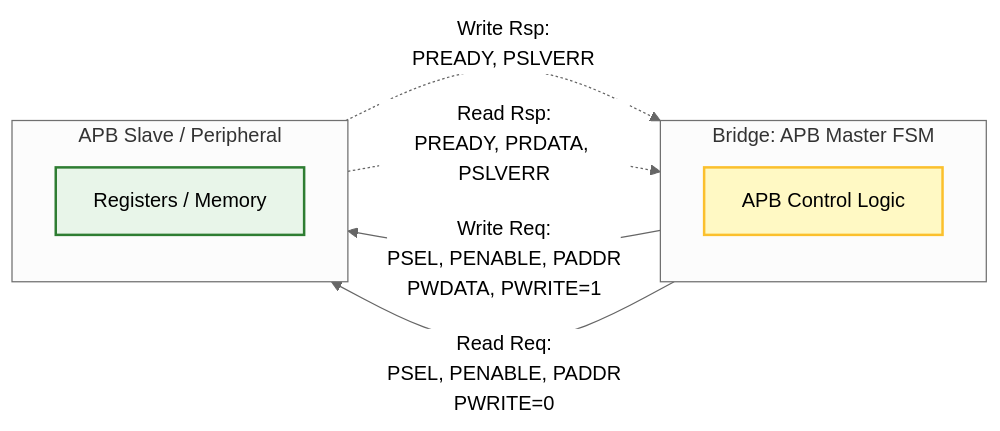
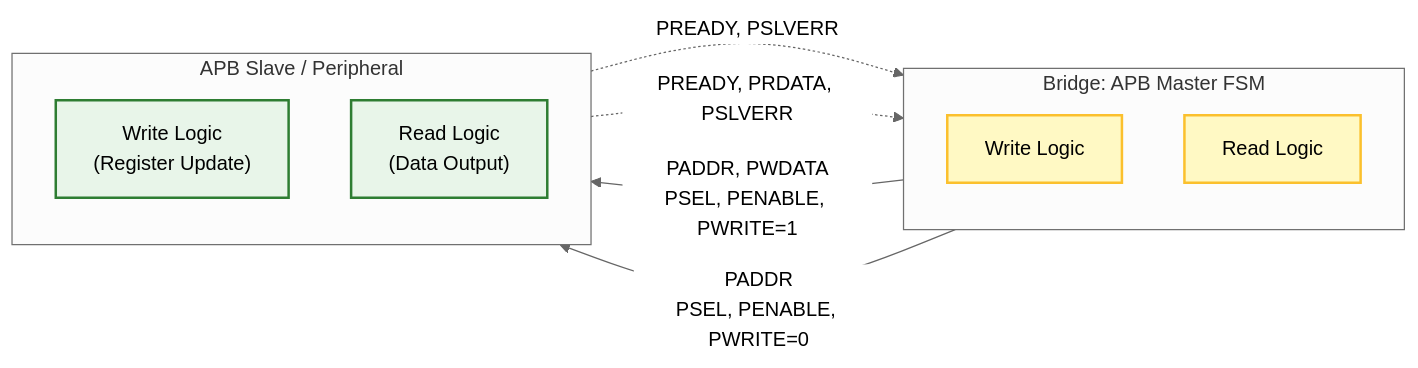
One commit to noammalca1/AXI4-Lite-to-APB-Bridge-with-Asynchronous-CDC changed the second of 3 diagrams in README.md. Above: the diagram before and after it, drawn with Mermaid (neutral theme).

````diff
--- a/README.md
+++ b/README.md
@@ -69,39 +69,34 @@
 ```mermaid
 graph LR
     %% Definitions
     subgraph APB_Master_Node [Bridge: APB Master FSM]
         direction TB
-        %% We use a single logic block, but arrows will show distinct flows
-        M_Logic["APB Control Logic"]
+        M_WR["Write Logic"]
+        M_RD["Read Logic"]
     end
 
     subgraph APB_Slave_Node [APB Slave / Peripheral]
         direction TB
-        S_Mem["Registers / Memory"]
+        S_WR["Write Logic<br/>(Register Update)"]
+        S_RD["Read Logic<br/>(Data Output)"]
     end
 
     %% Styles
     classDef master fill:#fff9c4,stroke:#fbc02d,stroke-width:2px;
     classDef slave fill:#e8f5e9,stroke:#2e7d32,stroke-width:2px;
-    class M_Logic master;
-    class S_Mem slave;
+    class M_WR,M_RD master;
+    class S_WR,S_RD slave;
 
     %% ==========================================
-    %% WRITE TRANSACTION FLOW
+    %% WRITE CHANNEL (Logic)
     %% ==========================================
-    %% Master drives Setup + Data
-    M_Logic -- "Write Req:<br/>PSEL, PENABLE, PADDR<br/>PWDATA, PWRITE=1" --> S_Mem
-    
-    %% Slave responds
-    S_Mem -. "Write Rsp:<br/>PREADY, PSLVERR" .-> M_Logic
+    M_WR -- "PADDR, PWDATA<br/>PSEL, PENABLE, PWRITE=1" --> S_WR
+    S_WR -. "PREADY, PSLVERR" .-> M_WR
 
     %% ==========================================
-    %% READ TRANSACTION FLOW
+    %% READ CHANNEL (Logic)
     %% ==========================================
-    %% Master drives Setup (No Write Data)
-    M_Logic -- "Read Req:<br/>PSEL, PENABLE, PADDR<br/>PWRITE=0" --> S_Mem
-    
-    %% Slave responds with Data
-    S_Mem -. "Read Rsp:<br/>PREADY, PRDATA, PSLVERR" .-> M_Logic
+    M_RD -- "PADDR<br/>PSEL, PENABLE, PWRITE=0" --> S_RD
+    S_RD -. "PREADY, PRDATA, PSLVERR" .-> M_RD
 
 ```
````
